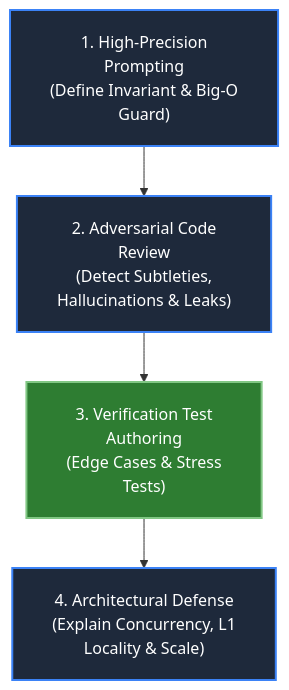
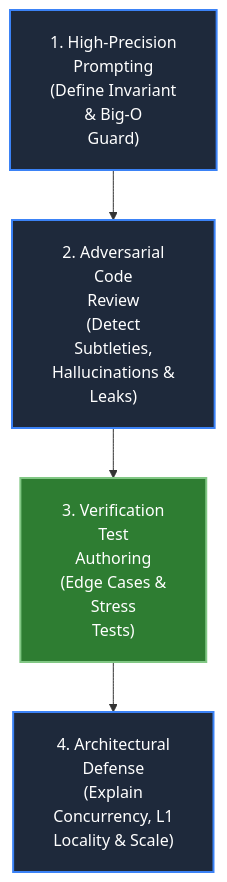
Diagram 12 of 19 in Senior_dsa_question_list.md (dip4k/DSA_102), drawn with Mermaid before and after one commit. The commit also changed other lines of this file and 106 other files, not shown here.

First line of the commit message:
fix(mermaid): prevent text clipping with foreignObject overflow and tighter line wrapping

````diff
--- a/Senior_dsa_question_list.md
+++ b/Senior_dsa_question_list.md
@@ -409,13 +409,13 @@
 ```mermaid
-%%{init: {"flowchart": {"htmlLabels": true, "padding": 20}}}%%
+%%{init: {"flowchart": {"htmlLabels": true, "padding": 20}, "themeCSS": "foreignObject { overflow: visible !important; }"}}%%
 flowchart TD
     classDef phase fill:#1e293b,stroke:#3b82f6,stroke-width:2px,color:#ffffff
     classDef highlight fill:#2e7d32,stroke:#81c784,stroke-width:2px,color:#ffffff
 
-    A1["1. High-Precision<br/>Prompting<br/>(Define Invariant & Big-O<br/>Guard)"]:::phase
-    A2["2. Adversarial Code<br/>Review<br/>(Detect Subtleties,<br/>Hallucinations & Leaks)"]:::phase
-    A3["3. Verification Test<br/>Authoring<br/>(Edge Cases & Stress<br/>Tests)"]:::highlight
-    A4["4. Architectural Defense<br/>(Explain Concurrency, L1<br/>Locality & Scale)"]:::phase
+    A1["1. High-Precision<br/>Prompting<br/>(Define Invariant<br/>& Big-O<br/>Guard)"]:::phase
+    A2["2. Adversarial<br/>Code<br/>Review<br/>(Detect<br/>Subtleties,<br/>Hallucinations &<br/>Leaks)"]:::phase
+    A3["3. Verification<br/>Test<br/>Authoring<br/>(Edge Cases &<br/>Stress<br/>Tests)"]:::highlight
+    A4["4. Architectural<br/>Defense<br/>(Explain<br/>Concurrency, L1<br/>Locality & Scale)"]:::phase
 
     A1 --> A2 --> A3 --> A4
 ```
````
